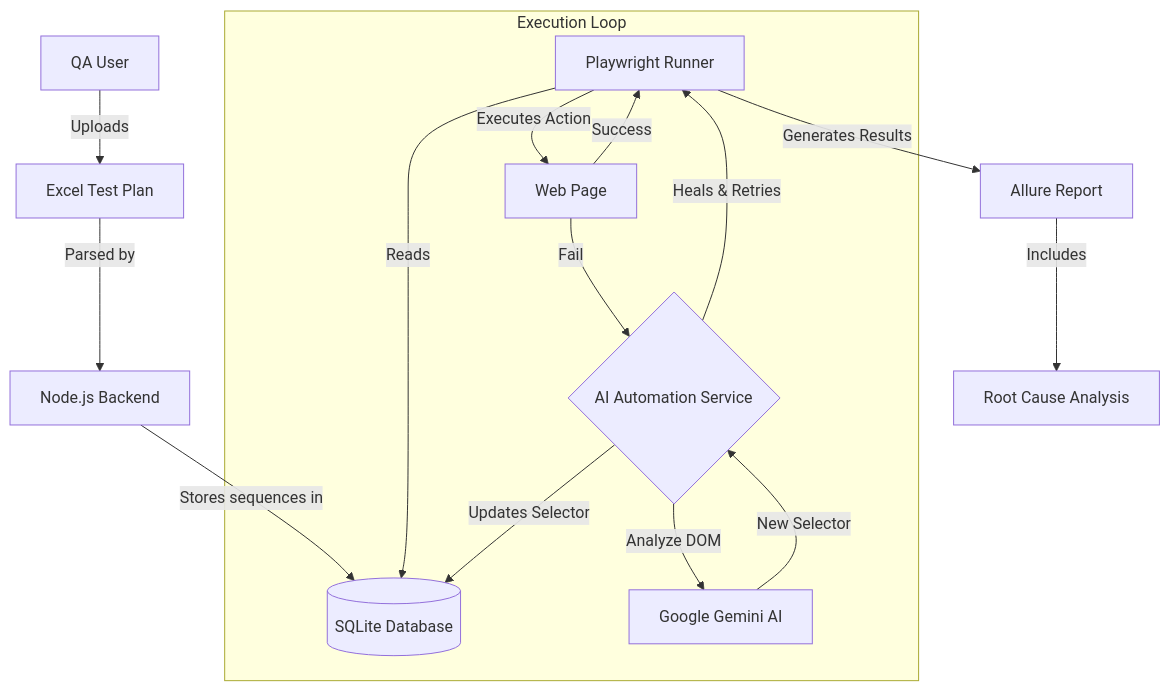
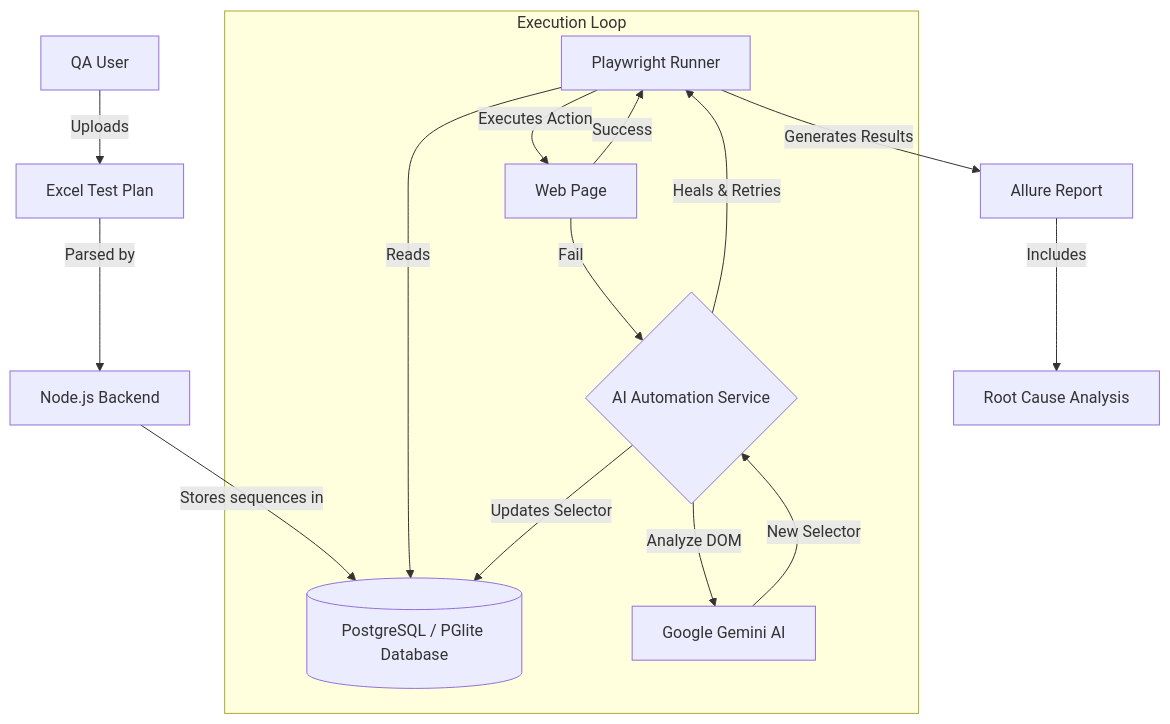
The diagram in docs/ARCHITECTURE.md (Markg981/WebFlowMaster), drawn with Mermaid before and after one commit. The commit also changed other lines of this file and 32 other files, not shown here.

````diff
--- a/docs/ARCHITECTURE.md
+++ b/docs/ARCHITECTURE.md
@@ -9,21 +9,21 @@
 ```mermaid
 graph TD
     User[QA User] -->|Uploads| Excel[Excel Test Plan]
     Excel -->|Parsed by| Backend[Node.js Backend]
-    Backend -->|Stores sequences in| DB[(SQLite Database)]
+    Backend -->|Stores sequences in| DB[(PostgreSQL / PGlite Database)]
 
     subgraph Execution Loop
         Runner[Playwright Runner] -->|Reads| DB
         Runner -->|Executes Action| Page[Web Page]
         Page -- Success --> Runner
         Page -- Fail --> AI_Service{AI Automation Service}
 
         AI_Service -- "Analyze DOM" --> Gemini[Google Gemini AI]
         Gemini -- "New Selector" --> AI_Service
         AI_Service -->|Heals & Retries| Runner
         AI_Service -->|Updates Selector| DB
     end
 
     Runner -->|Generates Results| Allure[Allure Report]
     Allure -->|Includes| RCA[Root Cause Analysis]
 ```
````
